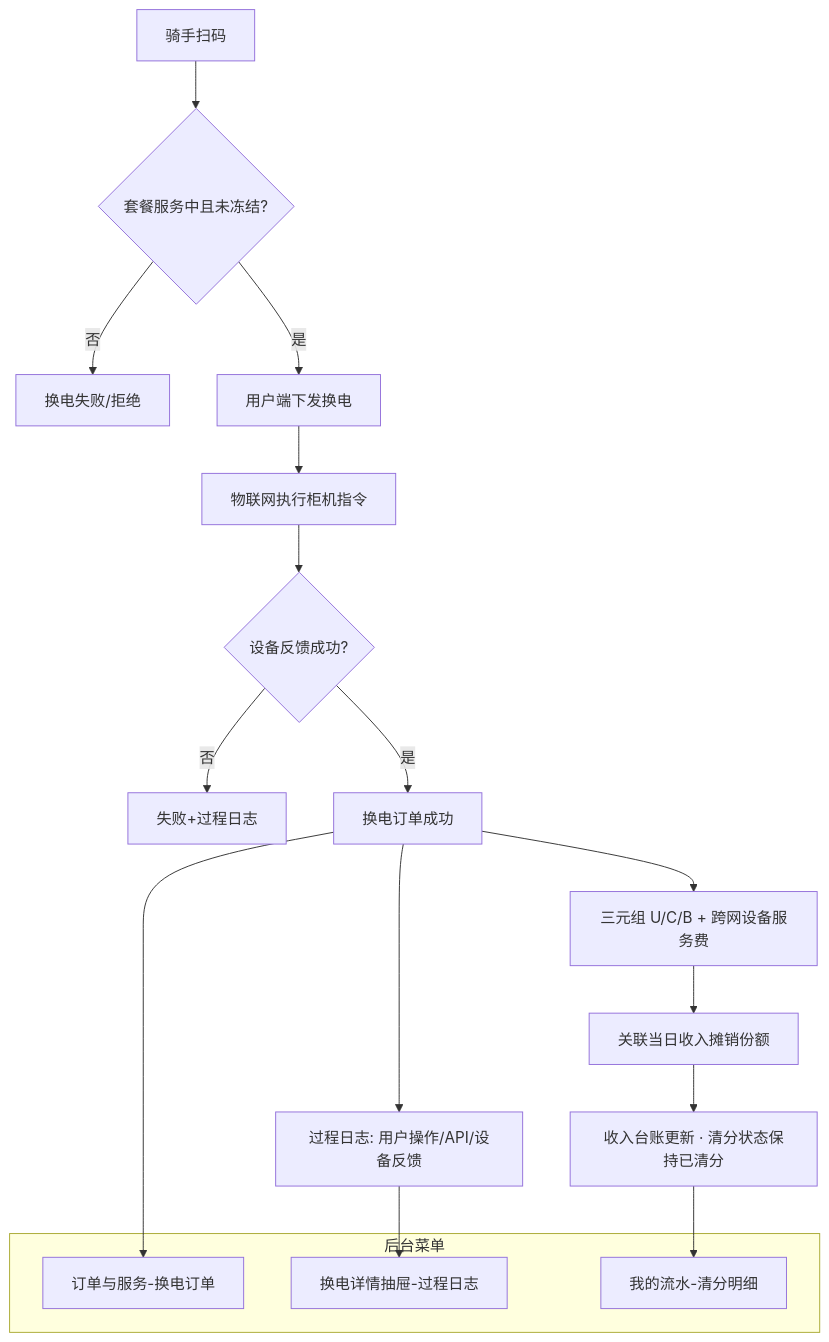
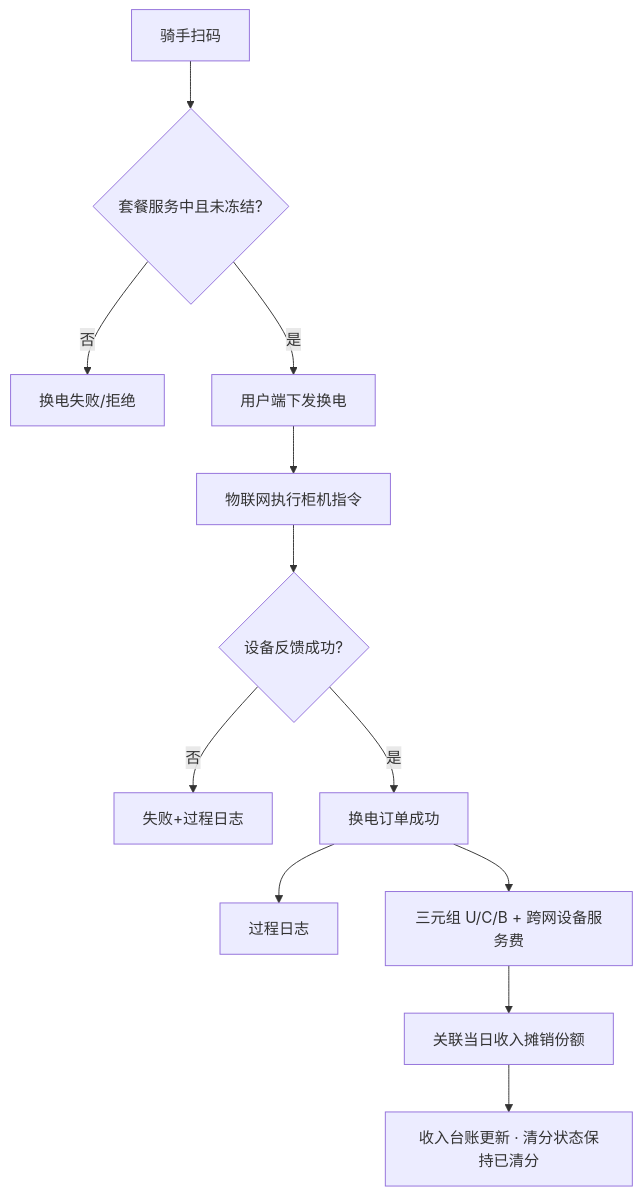
Before and after one commit to liudali/rider-swap-operator-prototype: the sixth of 16 diagrams in prototype/docs/md/功能结构与业务流程.md, drawn with Mermaid. The commit also changed other lines of this file and 102 other files, not shown here.

````diff
--- a/prototype/docs/md/功能结构与业务流程.md
+++ b/prototype/docs/md/功能结构与业务流程.md
@@ -245,23 +280,14 @@
 ```mermaid
 flowchart TD
   A[骑手扫码] --> B{套餐服务中且未冻结?}
   B -->|否| Z[换电失败/拒绝]
   B -->|是| C[用户端下发换电]
   C --> D[物联网执行柜机指令]
   D --> E{设备反馈成功?}
   E -->|否| Z2[失败+过程日志]
   E -->|是| F[换电订单成功]
-  F --> G[过程日志: 用户操作/API/设备反馈]
+  F --> G[过程日志]
   F --> T[三元组 U/C/B + 跨网设备服务费]
   T --> H[关联当日收入摊销份额]
   H --> I[收入台账更新 · 清分状态保持已清分]
-
-  subgraph BO [后台菜单]
-    M1[订单与服务-换电订单]
-    M2[换电详情抽屉-过程日志]
-    M3[我的流水-清分明细]
-  end
-  F --> M1
-  G --> M2
-  I --> M3
 ```
````
